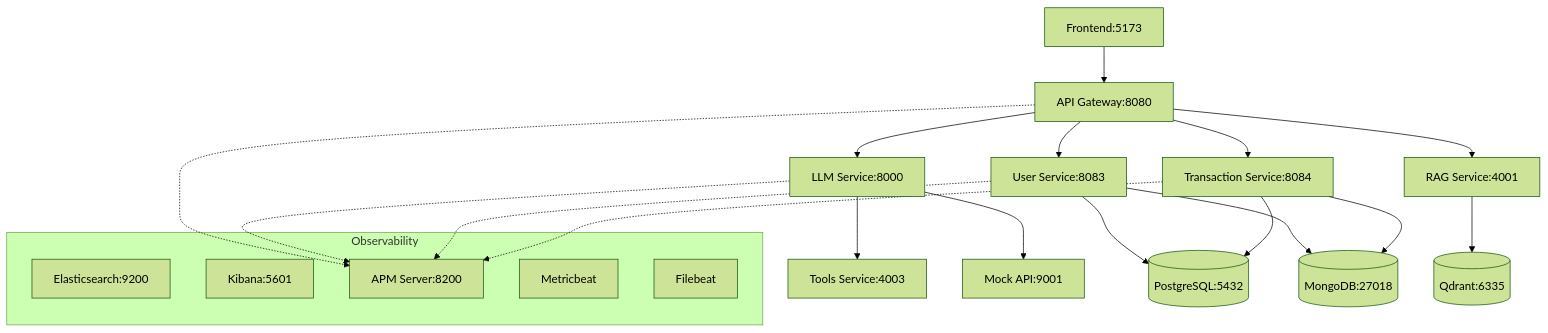
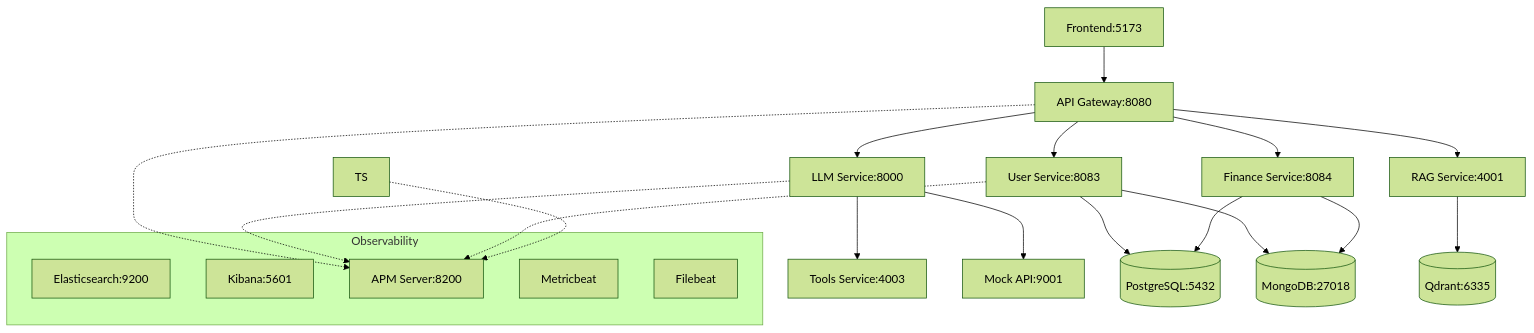
One commit to ac-monty/crash-pay changed the first of 2 diagrams in SERVICES_AND_INFRA.md. Above: the diagram before and after it, drawn with Mermaid (forest theme). The commit also changed other lines of this file and 2 other files, not shown here.

````diff
--- a/SERVICES_AND_INFRA.md
+++ b/SERVICES_AND_INFRA.md
@@ -415,31 +452,31 @@
 ```mermaid
 graph TB
     FE[Frontend:5173] --> API[API Gateway:8080]
     API --> US[User Service:8083]
-    API --> TS[Transaction Service:8084]
+    API --> FS[Finance Service:8084]
     API --> LLM[LLM Service:8000]
     API --> RAG[RAG Service:4001]
     
     LLM --> TOOLS[Tools Service:4003]
     LLM --> MOCK[Mock API:9001]
     
     US --> PG[(PostgreSQL:5432)]
-    TS --> PG
+    FS --> PG
     US --> MONGO[(MongoDB:27018)]
-    TS --> MONGO
+    FS --> MONGO
     
     RAG --> QDRANT[(Qdrant:6335)]
     
     subgraph Observability
         ES[Elasticsearch:9200]
         KB[Kibana:5601]
         APM[APM Server:8200]
         MB[Metricbeat]
         FB[Filebeat]
     end
     
     API -.-> APM
     LLM -.-> APM
     US -.-> APM
     TS -.-> APM
 ```
````
